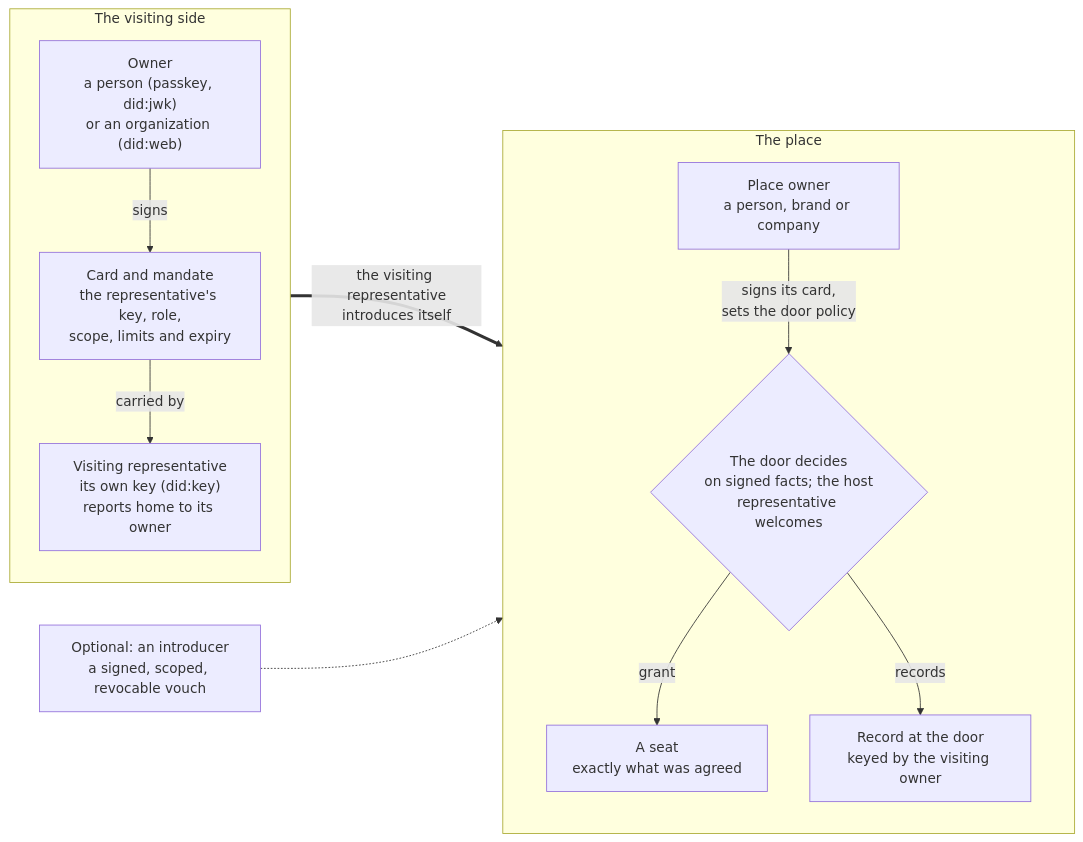
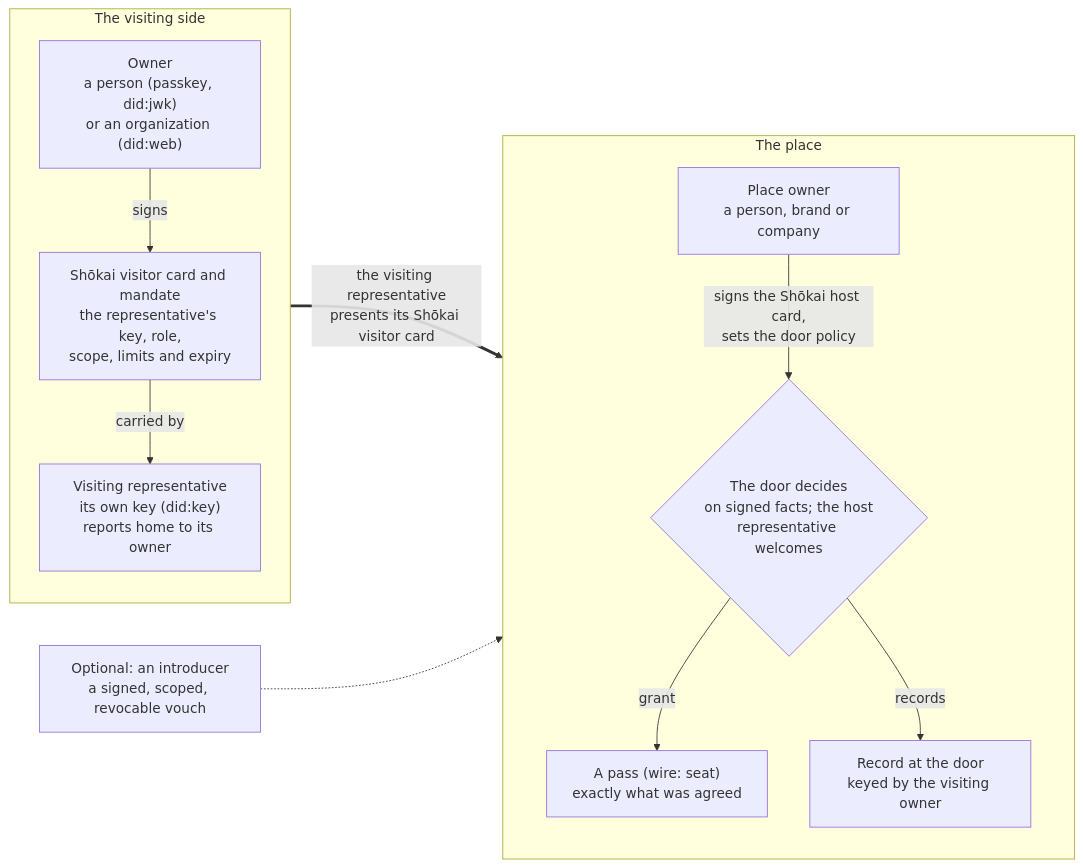
Before and after one commit to Kigenka/shokai: the sixth of 7 diagrams in README.md, drawn with Mermaid. The commit also changed other lines of this file and 368 other files, not shown here.

````diff
--- a/README.md
+++ b/README.md
@@ -249,16 +253,16 @@
 ```mermaid
 flowchart LR
   subgraph Visiting["The visiting side"]
     direction TB
-    O["Owner<br/>a person (passkey, did:jwk)<br/>or an organization (did:web)"] -- "signs" --> C["Card and mandate<br/>the representative's key, role,<br/>scope, limits and expiry"]
+    O["Owner<br/>a person (passkey, did:jwk)<br/>or an organization (did:web)"] -- "signs" --> C["Shōkai visitor card and mandate<br/>the representative's key, role,<br/>scope, limits and expiry"]
     C -- "carried by" --> V["Visiting representative<br/>its own key (did:key)<br/>reports home to its owner"]
   end
   subgraph Hosting["The place"]
     direction TB
-    PO["Place owner<br/>a person, brand or company"] -- "signs its card,<br/>sets the door policy" --> H{"The door decides<br/>on signed facts; the host<br/>representative welcomes"}
-    H -- "grant" --> S["A seat<br/>exactly what was agreed"]
+    PO["Place owner<br/>a person, brand or company"] -- "signs the Shōkai host card,<br/>sets the door policy" --> H{"The door decides<br/>on signed facts; the host<br/>representative welcomes"}
+    H -- "grant" --> S["A pass (wire: seat)<br/>exactly what was agreed"]
     H -- "records" --> K["Record at the door<br/>keyed by the visiting owner"]
   end
-  Visiting == "the visiting representative<br/>introduces itself" ==> Hosting
+  Visiting == "the visiting representative<br/>presents its Shōkai visitor card" ==> Hosting
   I["Optional: an introducer<br/>a signed, scoped, revocable vouch"] -.-> Hosting
 ```
````
